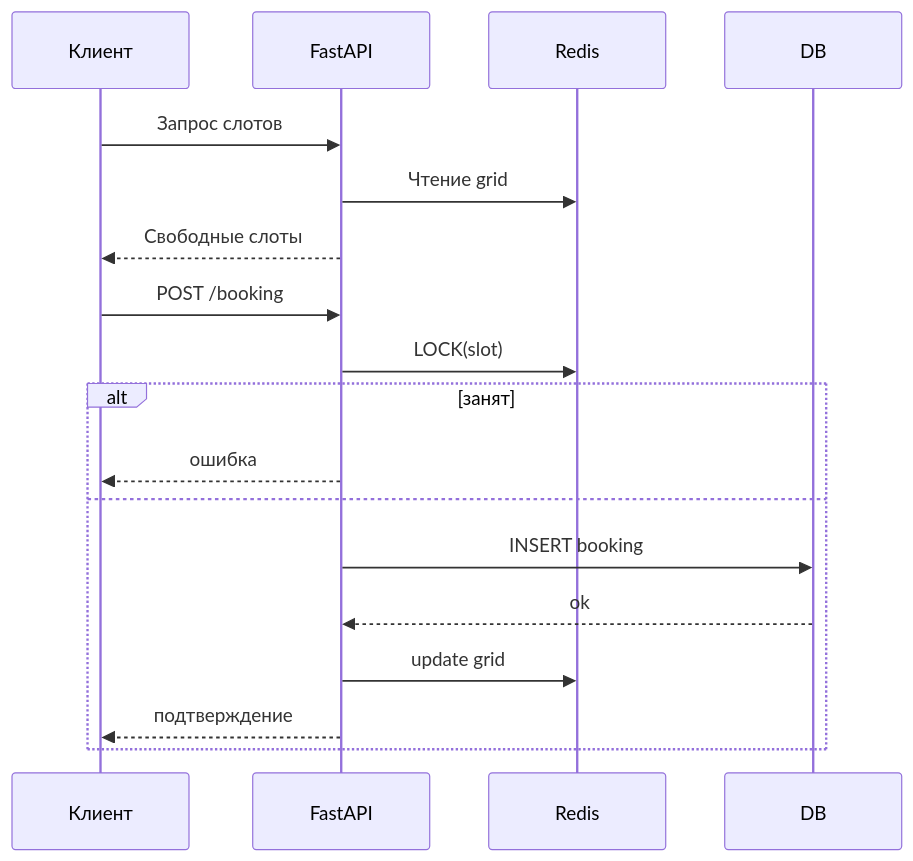
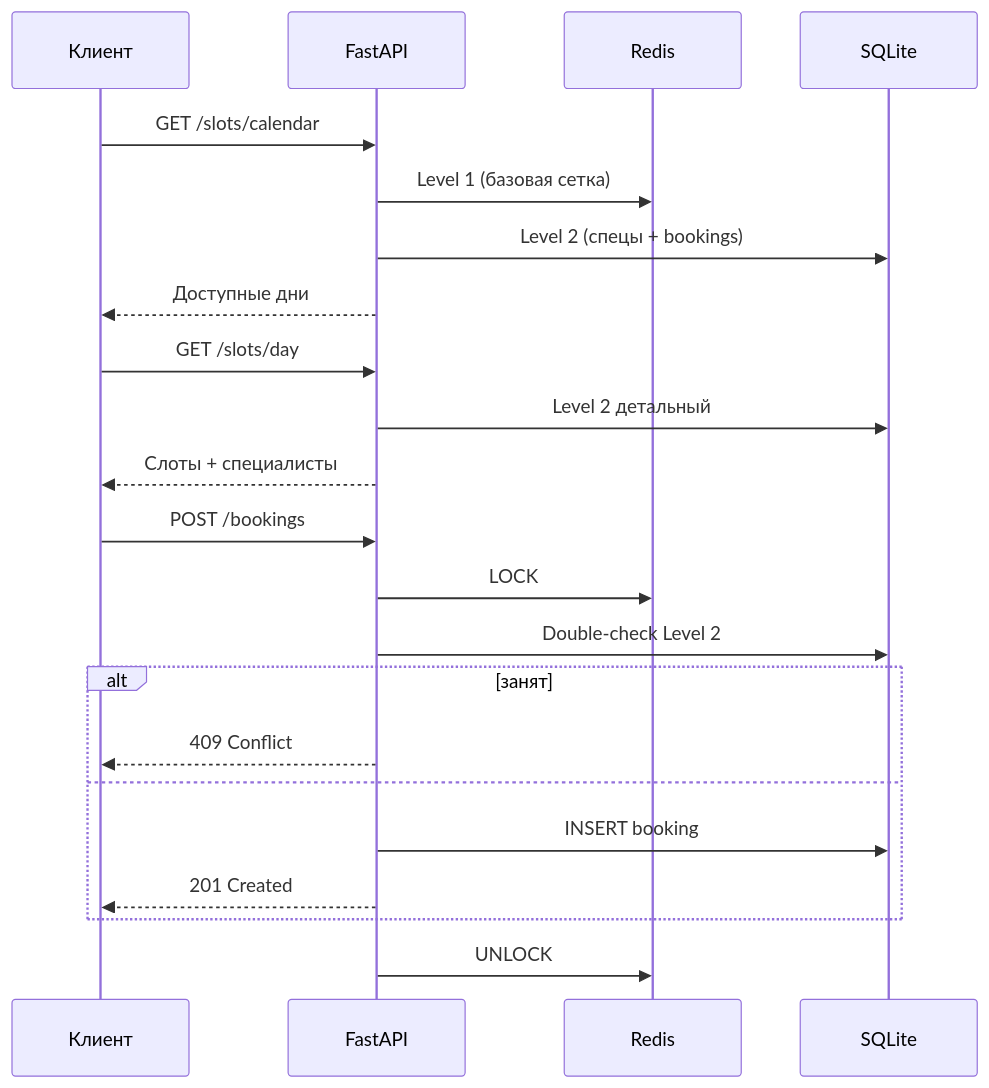
Before and after one commit to lottoprof/booking: the diagram in README.md, drawn with Mermaid. The commit also changed other lines of this file and 1 other file, not shown here.

Commit message:
add booking scheme

````diff
--- a/README.md
+++ b/README.md
@@ -173,22 +173,27 @@
 ```mermaid
 sequenceDiagram
     participant C as Клиент
     participant API as FastAPI
     participant R as Redis
-    participant DB as DB
+    participant DB as SQLite
 
-    C->>API: Запрос слотов
-    API->>R: Чтение grid
-    API-->>C: Свободные слоты
+    C->>API: GET /slots/calendar
+    API->>R: Level 1 (базовая сетка)
+    API->>DB: Level 2 (спецы + bookings)
+    API-->>C: Доступные дни
 
-    C->>API: POST /booking
-    API->>R: LOCK(slot)
+    C->>API: GET /slots/day
+    API->>DB: Level 2 детальный
+    API-->>C: Слоты + специалисты
+
+    C->>API: POST /bookings
+    API->>R: LOCK
+    API->>DB: Double-check Level 2
     alt занят
-        API-->>C: ошибка
+        API-->>C: 409 Conflict
     else
         API->>DB: INSERT booking
-        DB-->>API: ok
-        API->>R: update grid
-        API-->>C: подтверждение
+        API-->>C: 201 Created
     end
+    API->>R: UNLOCK
 ```
````
